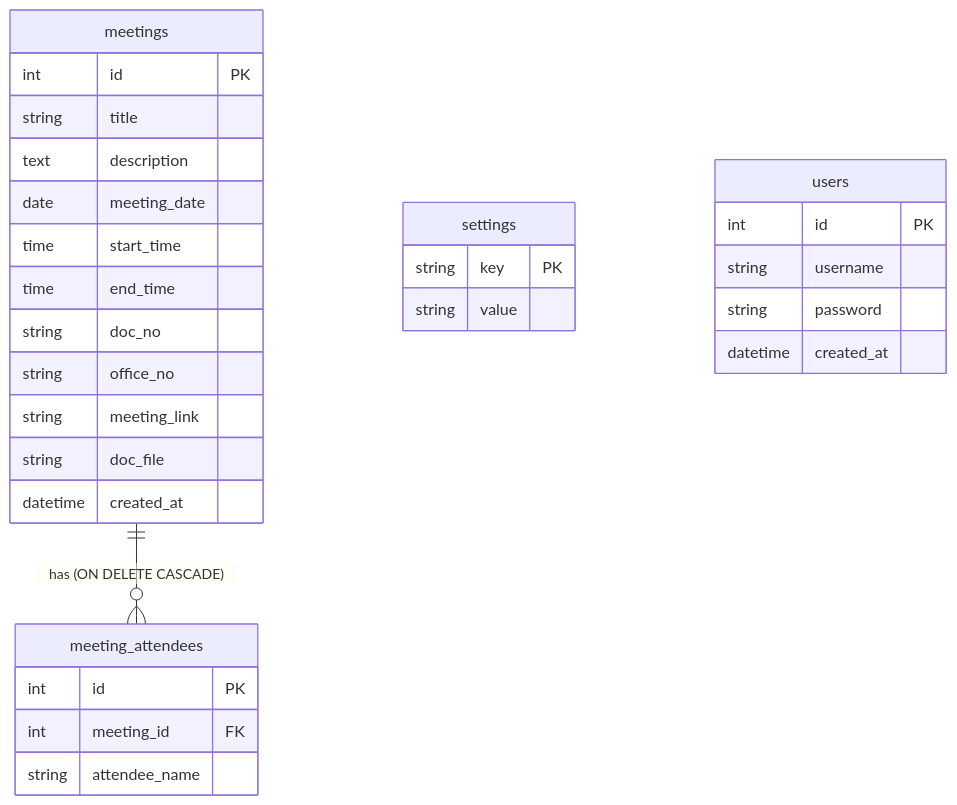
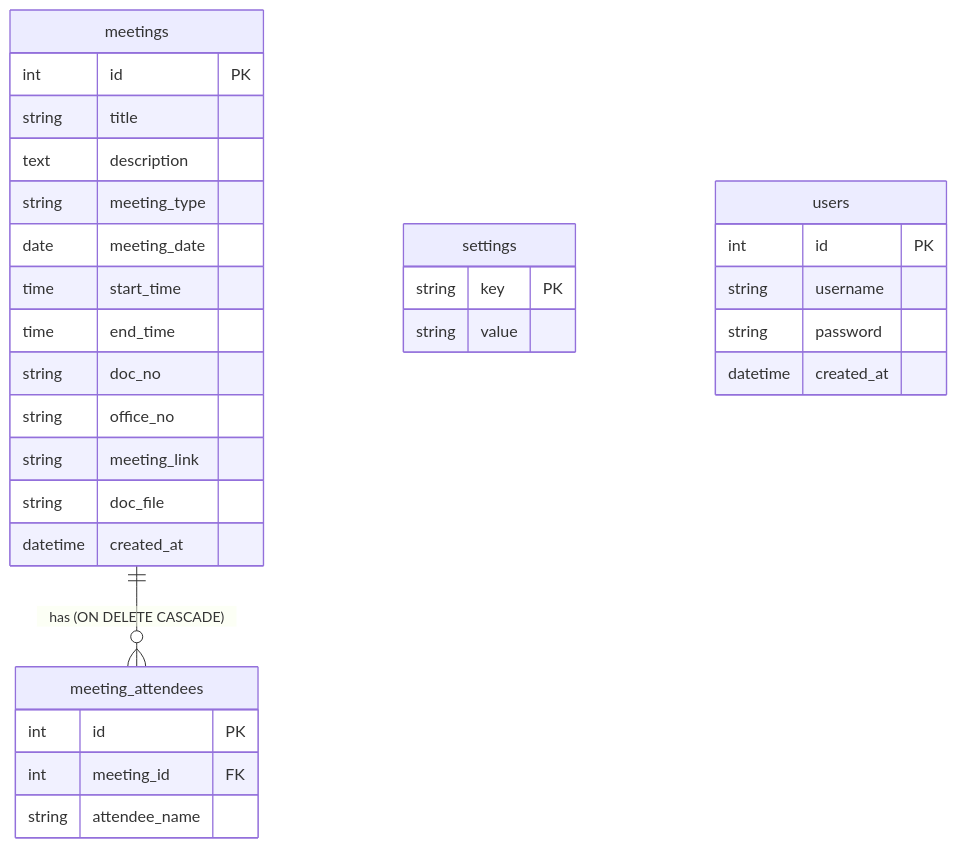
Before and after one commit to phumiphut-ta/MeetFlow: the diagram in docs/DEVELOPER.md, drawn with Mermaid. The commit also changed other lines of this file, not shown here.

Commit message:
docs: Update DEVELOPER.md architecture details, security configs, and ER diagrams

````diff
--- a/docs/DEVELOPER.md
+++ b/docs/DEVELOPER.md
@@ -49,33 +50,34 @@
 ```mermaid
 erDiagram
     meetings {
         int id PK
         string title
         text description
+        string meeting_type
         date meeting_date
         time start_time
         time end_time
         string doc_no
         string office_no
         string meeting_link
         string doc_file
         datetime created_at
     }
     meeting_attendees {
         int id PK
         int meeting_id FK
         string attendee_name
     }
     settings {
         string key PK
         string value
     }
     users {
         int id PK
         string username
         string password
         datetime created_at
     }
 
     meetings ||--o{ meeting_attendees : "has (ON DELETE CASCADE)"
 ```
````
